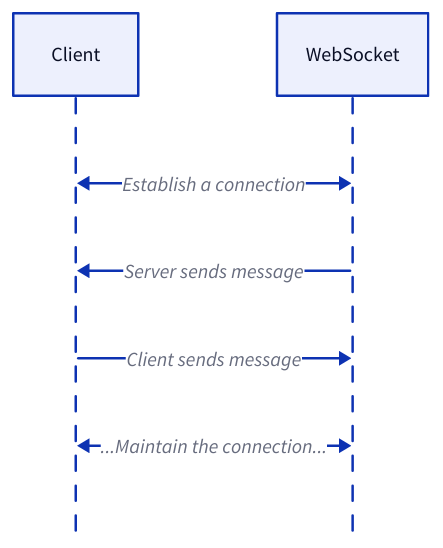
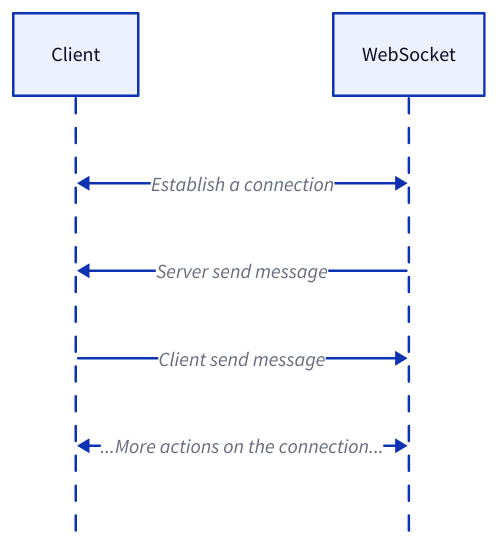
The sixth of 12 diagrams in content/docs/web-service/communication-protocols/_index.md (link1905/system-design-101), drawn with D2 before and after one commit. The commit also changed other lines of this file and 14 other files, not shown here.

````diff
--- a/content/docs/web-service/communication-protocols/_index.md
+++ b/content/docs/web-service/communication-protocols/_index.md
@@ -214,14 +215,14 @@
 ```d2
 
 shape: sequence_diagram
 c: Client {
     class: client
 }
 s: WebSocket {
     class: server
 }
 c <-> s: Establish a connection
-s --> c: Server sends message
-c --> s: Client sends message
-c <-> s: "...Maintain the connection..."
+s --> c: Server send message
+c --> s: Client send message
+c <-> s: "...More actions on the connection..."
 ```
````
